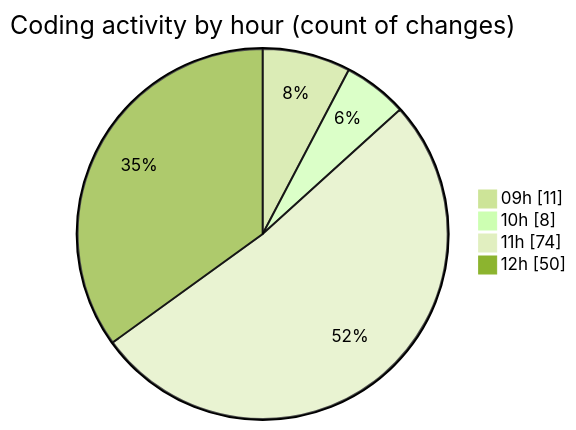
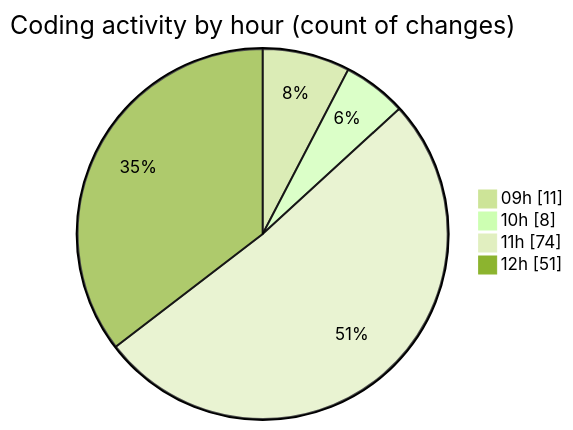
Before and after one commit to momahboobian/code-tracking: the second of 2 diagrams in 2025-10-30/cda/README.md, drawn with Mermaid (forest theme). The commit also changed other lines of this file and 1 other file, not shown here.

````diff
--- a/2025-10-30/cda/README.md
+++ b/2025-10-30/cda/README.md
@@ -38,8 +38,8 @@
 ```mermaid
 pie showData
 title Coding activity by hour (count of changes)
 "09h" : 11
 "10h" : 8
 "11h" : 74
-"12h" : 50
+"12h" : 51
 ```
````
